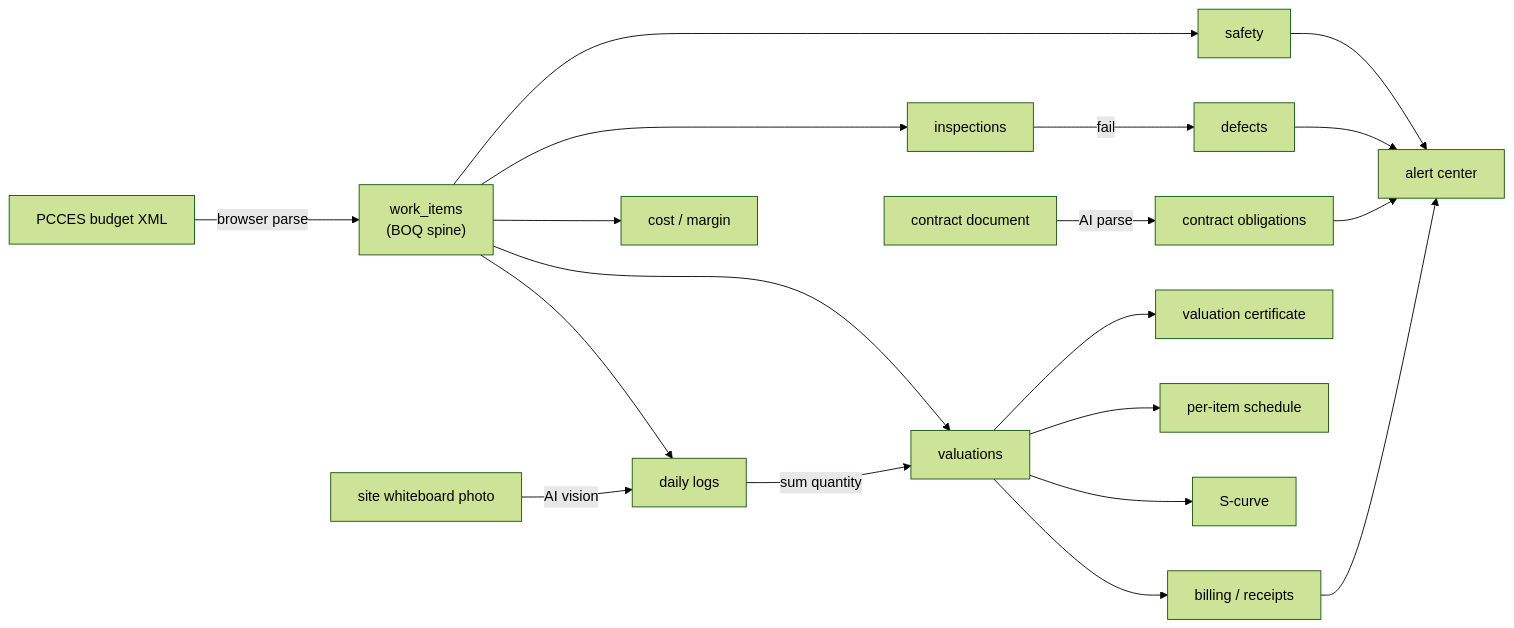
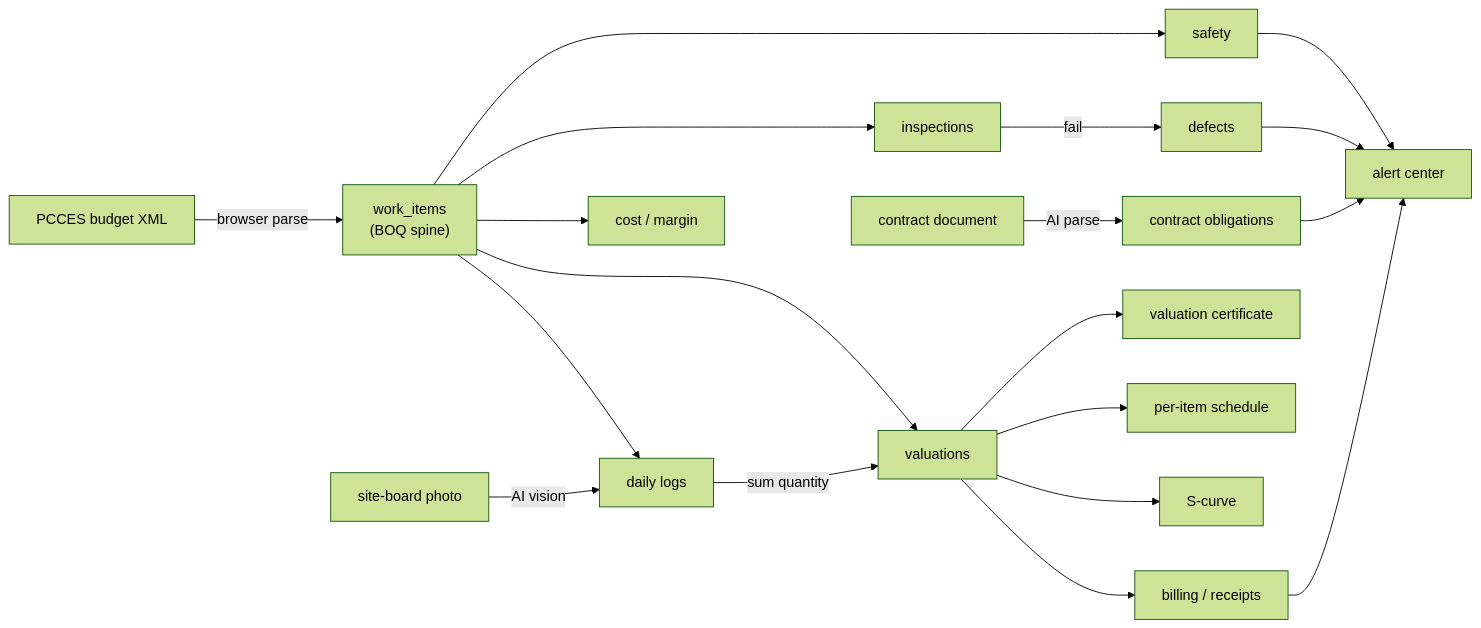
The first of 2 diagrams in README.md (ryanxxhuang/PMIS), drawn with Mermaid (forest theme) before and after one commit. The commit also changed other lines of this file and 4 other files, not shown here.

First line of the commit message:
Rename 白板辨識 → AI 現場辨識 (site-photo AI auto-fill)

````diff
--- a/README.md
+++ b/README.md
@@ -95,21 +95,21 @@
 ```mermaid
 flowchart LR
   XML["PCCES budget XML"] -->|browser parse| WI["work_items<br/>(BOQ spine)"]
   WI --> LOG["daily logs"]
-  WB["site whiteboard photo"] -->|AI vision| LOG
+  WB["site-board photo"] -->|AI vision| LOG
   LOG -->|sum quantity| VAL["valuations"]
   WI --> VAL
   VAL --> PAY["billing / receipts"]
   VAL --> CRV["S-curve"]
   VAL --> SCH["per-item schedule"]
   VAL --> PDF["valuation certificate"]
   WI --> COST["cost / margin"]
   WI --> INS["inspections"]
   INS -->|fail| DEF["defects"]
   WI --> SAF["safety"]
   DOC["contract document"] -->|AI parse| OBL["contract obligations"]
   OBL --> ALERT["alert center"]
   DEF --> ALERT
   SAF --> ALERT
   PAY --> ALERT
 ```
````
